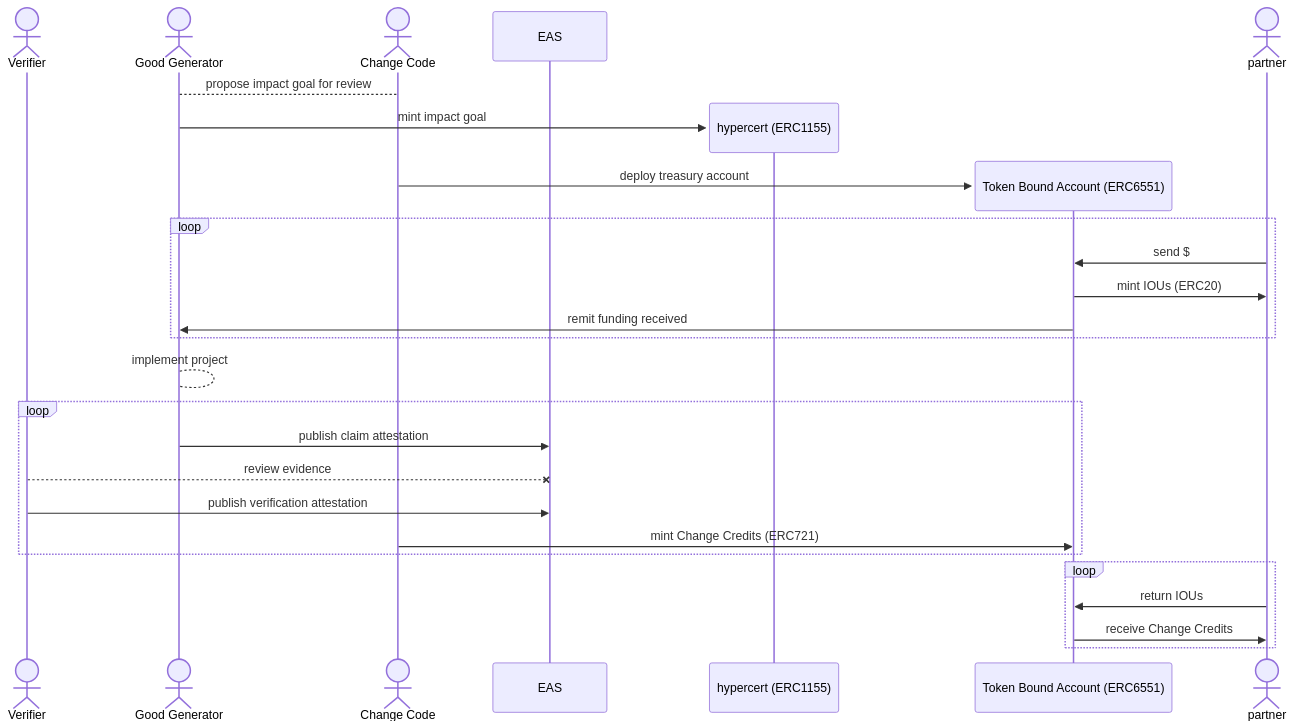
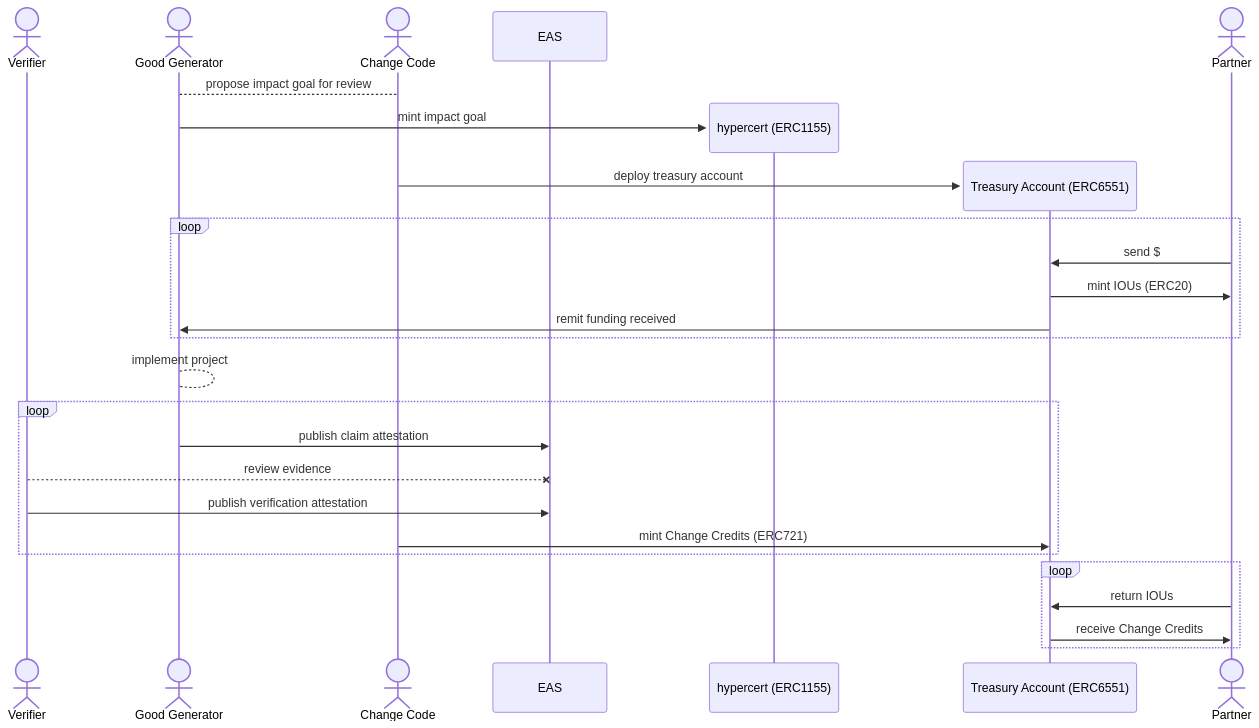
The diagram in change-credits/cc-minting.md (change-code-io/docs), drawn with Mermaid before and after one commit. The commit also changed other lines of this file and 4 other files, not shown here.

Commit message:
cc retirement flow added, minor language updates

````diff
--- a/change-credits/cc-minting.md
+++ b/change-credits/cc-minting.md
@@ -24,30 +24,30 @@
 ```mermaid
 sequenceDiagram
     actor Verifier
     actor Good Generator
     actor Change Code
     Good Generator-->Change Code: propose impact goal for review
     participant EAS
     create participant hypercert (ERC1155)
     Good Generator->>hypercert (ERC1155): mint impact goal
     actor Change Code
-    create participant Token Bound Account (ERC6551)
-    Change Code->>Token Bound Account (ERC6551): deploy treasury account
-    actor partner
+    create participant Treasury Account (ERC6551)
+    Change Code->>Treasury Account (ERC6551): deploy treasury account
+    actor Partner
     loop
-        partner->>Token Bound Account (ERC6551): send $
-        Token Bound Account (ERC6551)->>partner: mint IOUs (ERC20)
-        Token Bound Account (ERC6551)->>Good Generator: remit funding received
+        Partner->>Treasury Account (ERC6551): send $
+        Treasury Account (ERC6551)->>Partner: mint IOUs (ERC20)
+        Treasury Account (ERC6551)->>Good Generator: remit funding received
     end
     Good Generator-->Good Generator: implement project
     loop
         Good Generator->>EAS: publish claim attestation
         Verifier--xEAS: review evidence
         Verifier->>EAS: publish verification attestation
-        Change Code->>Token Bound Account (ERC6551): mint Change Credits (ERC721)
+        Change Code->>Treasury Account (ERC6551): mint Change Credits (ERC721)
     end
     Loop
-        partner->>Token Bound Account (ERC6551): return IOUs
-        Token Bound Account (ERC6551)->>partner: receive Change Credits
+        Partner->>Treasury Account (ERC6551): return IOUs
+        Treasury Account (ERC6551)->>Partner: receive Change Credits
     end
 ```
````
